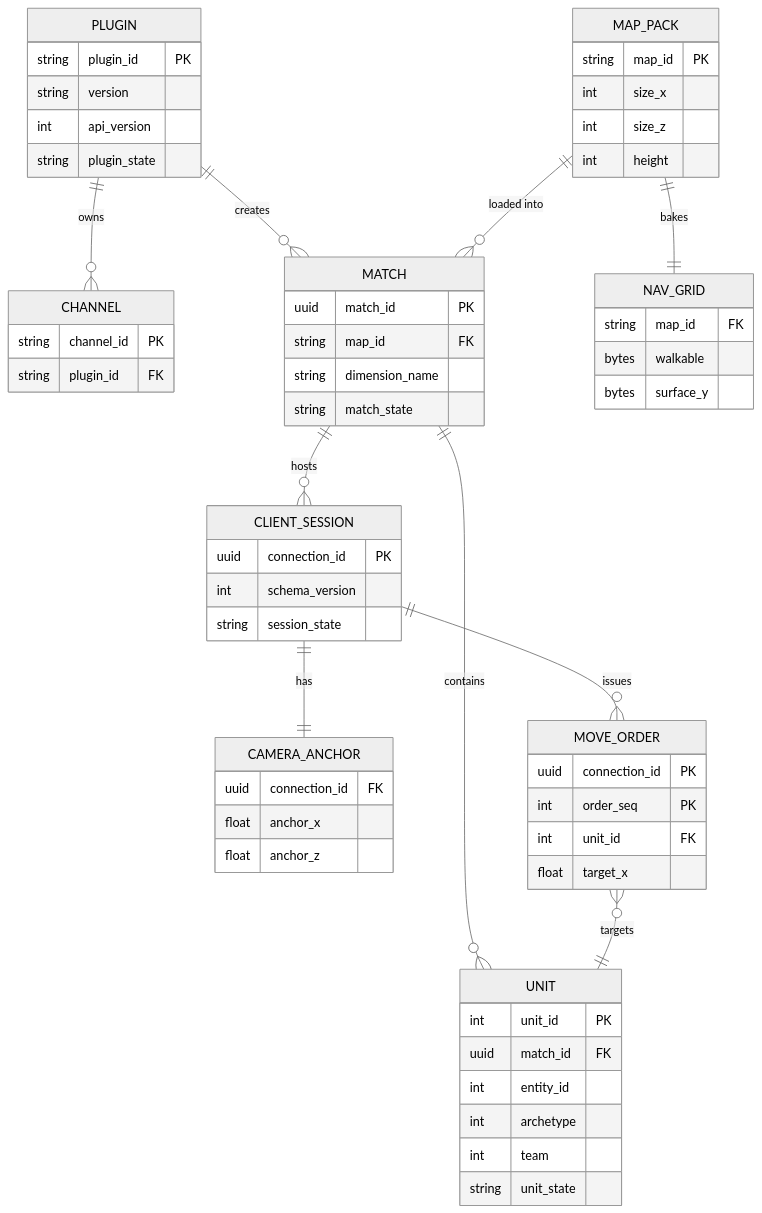
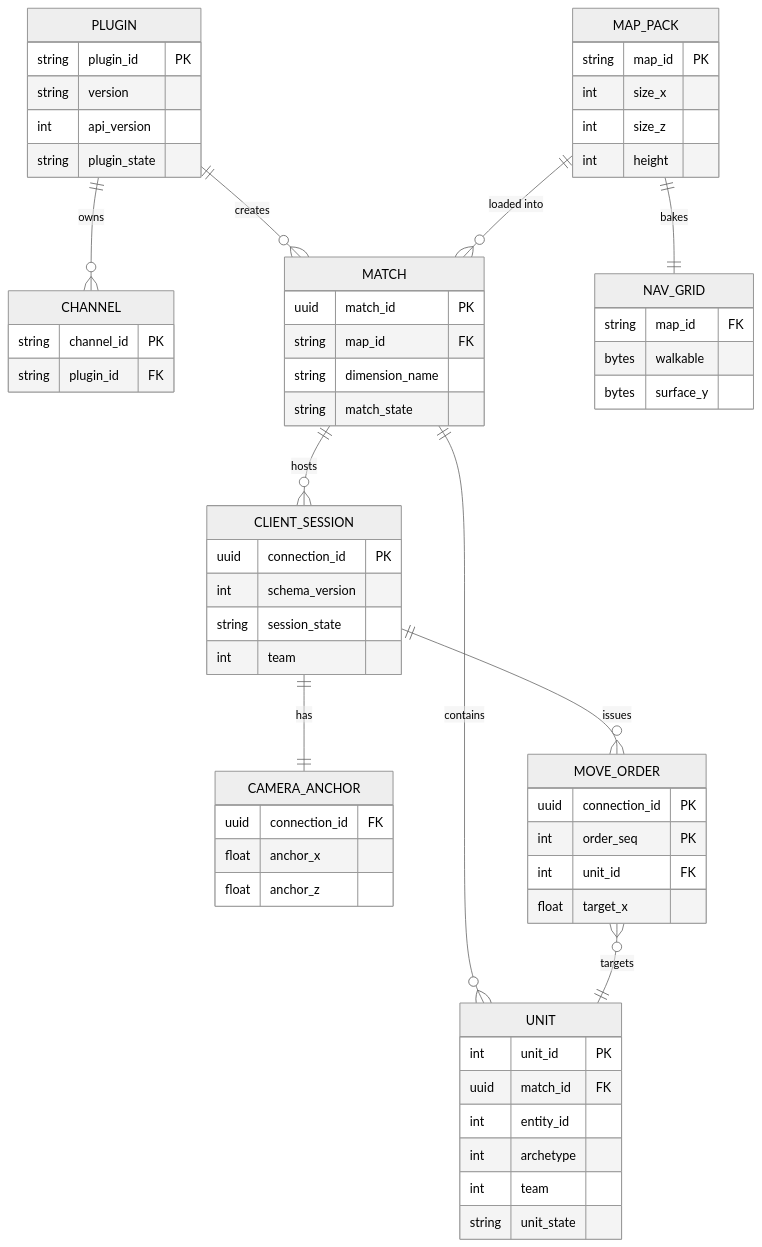
One commit to Bearisbug/synaxis changed the second of 9 diagrams in docs/DESIGN-M2.md. Above: the diagram before and after it, drawn with Mermaid (neutral theme). The commit also changed other lines of this file, not shown here.

````diff
--- a/docs/DESIGN-M2.md
+++ b/docs/DESIGN-M2.md
@@ -156,63 +159,64 @@
 ```mermaid
 erDiagram
   PLUGIN ||--o{ CHANNEL : owns
   PLUGIN ||--o{ MATCH : creates
   MAP_PACK ||--|| NAV_GRID : bakes
   MAP_PACK ||--o{ MATCH : "loaded into"
   MATCH ||--o{ UNIT : contains
   MATCH ||--o{ CLIENT_SESSION : hosts
   CLIENT_SESSION ||--|| CAMERA_ANCHOR : has
   CLIENT_SESSION ||--o{ MOVE_ORDER : issues
   MOVE_ORDER }o--|| UNIT : targets
   PLUGIN {
     string plugin_id PK
     string version
     int api_version
     string plugin_state
   }
   CHANNEL {
     string channel_id PK
     string plugin_id FK
   }
   MAP_PACK {
     string map_id PK
     int size_x
     int size_z
     int height
   }
   NAV_GRID {
     string map_id FK
     bytes walkable
     bytes surface_y
   }
   MATCH {
     uuid match_id PK
     string map_id FK
     string dimension_name
     string match_state
   }
   UNIT {
     int unit_id PK
     uuid match_id FK
     int entity_id
     int archetype
     int team
     string unit_state
   }
   CLIENT_SESSION {
     uuid connection_id PK
     int schema_version
     string session_state
+    int team
   }
   CAMERA_ANCHOR {
     uuid connection_id FK
     float anchor_x
     float anchor_z
   }
   MOVE_ORDER {
     uuid connection_id PK
     int order_seq PK
     int unit_id FK
     float target_x
   }
 ```
````
